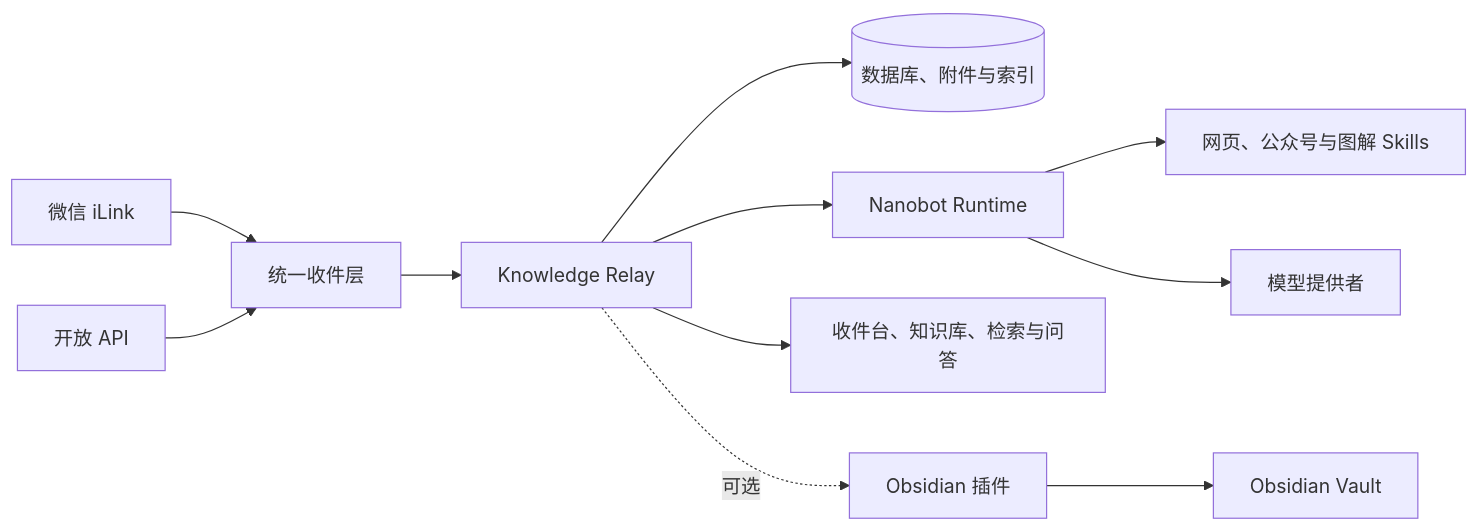
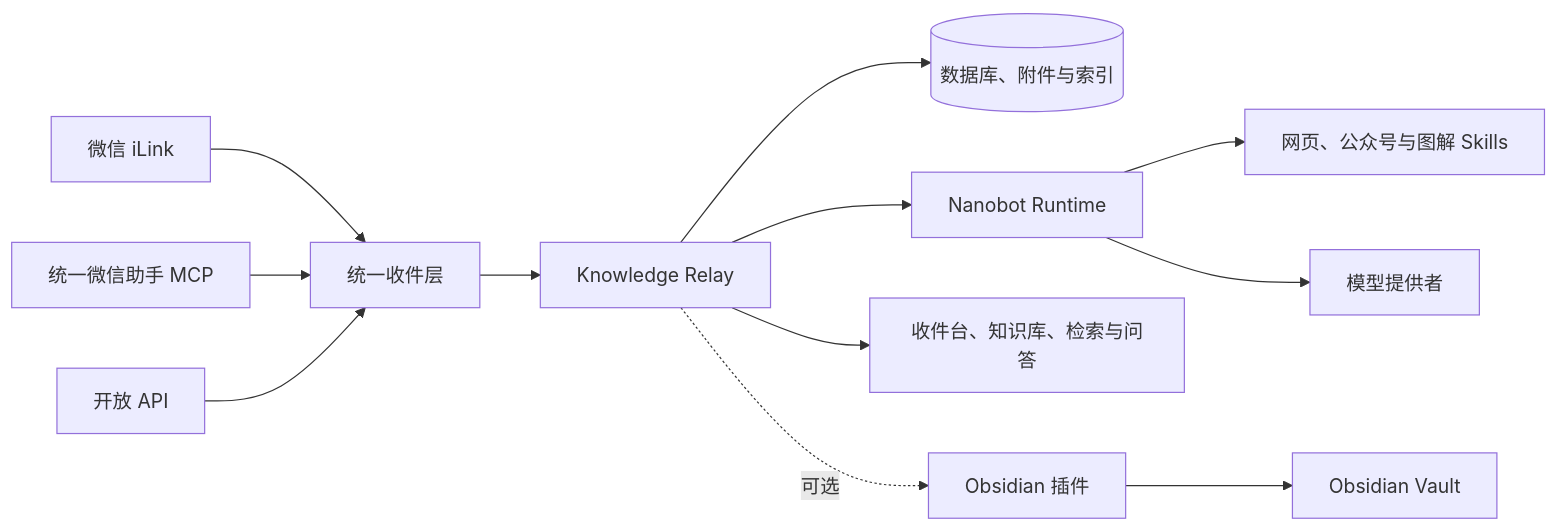
Before and after one commit to qianshulab/knowledge-relay: the diagram in README.md, drawn with Mermaid. The commit also changed other lines of this file and 24 other files, not shown here.

````diff
--- a/README.md
+++ b/README.md
@@ -47,13 +47,14 @@
 ```mermaid
 flowchart LR
     W["微信 iLink"] --> I["统一收件层"]
+    WM["统一微信助手 MCP"] --> I
     A["开放 API"] --> I
     I --> K["Knowledge Relay"]
     K --> D[("数据库、附件与索引")]
     K --> N["Nanobot Runtime"]
     N --> S["网页、公众号与图解 Skills"]
     N --> M["模型提供者"]
     K --> U["收件台、知识库、检索与问答"]
     K -. 可选 .-> O["Obsidian 插件"]
     O --> V["Obsidian Vault"]
 ```
````
